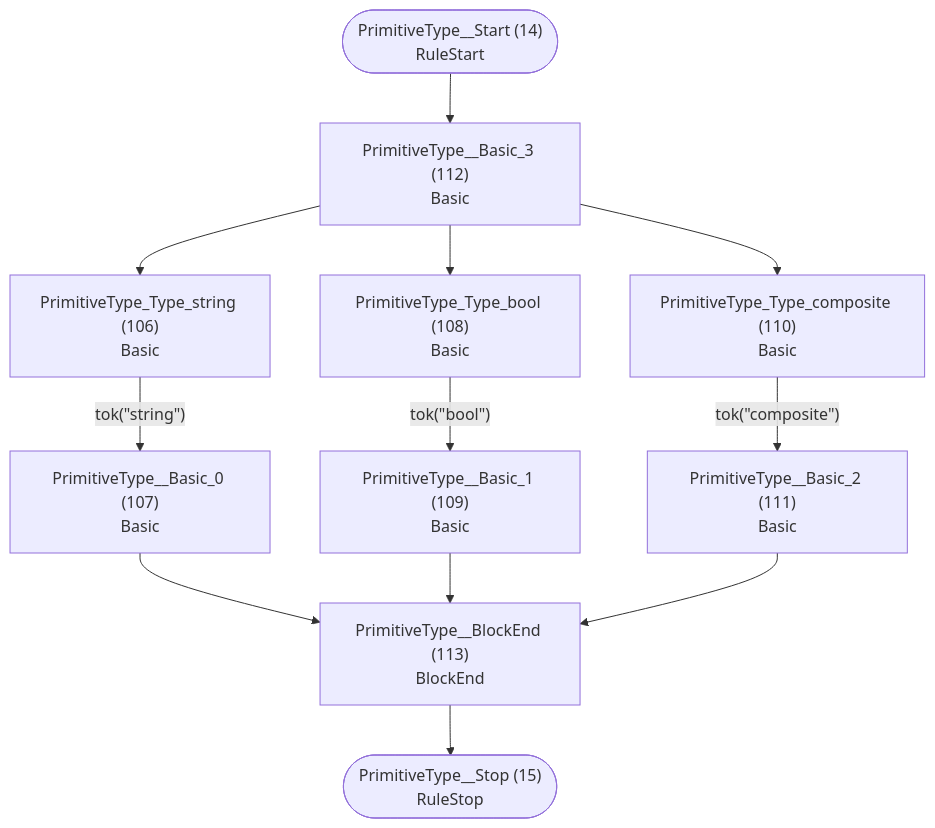
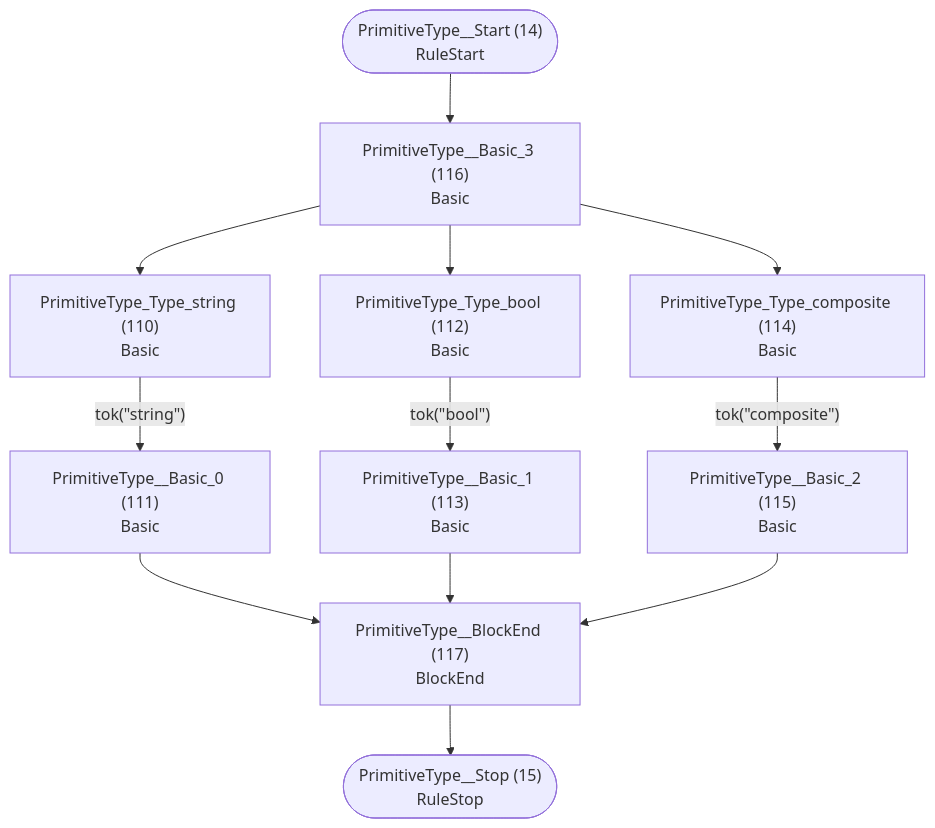
Before and after one commit to TypeFox/fastbelt: the eighth of 26 diagrams in internal/grammar/atn.md, drawn with Mermaid. The commit also changed other lines of this file and 51 other files, not shown here.

````diff
--- a/internal/grammar/atn.md
+++ b/internal/grammar/atn.md
@@ -197,25 +202,25 @@
 ```mermaid
 flowchart TD
     q14(["PrimitiveType__Start (14)<br/>RuleStart"])
     q15(["PrimitiveType__Stop (15)<br/>RuleStop"])
-    q106["PrimitiveType_Type_string (106)<br/>Basic<br/>"]
-    q107["PrimitiveType__Basic_0 (107)<br/>Basic<br/>"]
-    q108["PrimitiveType_Type_bool (108)<br/>Basic<br/>"]
-    q109["PrimitiveType__Basic_1 (109)<br/>Basic<br/>"]
-    q110["PrimitiveType_Type_composite (110)<br/>Basic<br/>"]
-    q111["PrimitiveType__Basic_2 (111)<br/>Basic<br/>"]
-    q112["PrimitiveType__Basic_3 (112)<br/>Basic<br/>"]
-    q113["PrimitiveType__BlockEnd (113)<br/>BlockEnd<br/>"]
+    q110["PrimitiveType_Type_string (110)<br/>Basic<br/>"]
+    q111["PrimitiveType__Basic_0 (111)<br/>Basic<br/>"]
+    q112["PrimitiveType_Type_bool (112)<br/>Basic<br/>"]
+    q113["PrimitiveType__Basic_1 (113)<br/>Basic<br/>"]
+    q114["PrimitiveType_Type_composite (114)<br/>Basic<br/>"]
+    q115["PrimitiveType__Basic_2 (115)<br/>Basic<br/>"]
+    q116["PrimitiveType__Basic_3 (116)<br/>Basic<br/>"]
+    q117["PrimitiveType__BlockEnd (117)<br/>BlockEnd<br/>"]
 
-    q14 --> q112
-    q106 -->|"tok(&quot;string&quot;)"| q107
-    q107 --> q113
-    q108 -->|"tok(&quot;bool&quot;)"| q109
-    q109 --> q113
-    q110 -->|"tok(&quot;composite&quot;)"| q111
-    q111 --> q113
-    q112 --> q106
-    q112 --> q108
-    q112 --> q110
-    q113 --> q15
+    q14 --> q116
+    q110 -->|"tok(&quot;string&quot;)"| q111
+    q111 --> q117
+    q112 -->|"tok(&quot;bool&quot;)"| q113
+    q113 --> q117
+    q114 -->|"tok(&quot;composite&quot;)"| q115
+    q115 --> q117
+    q116 --> q110
+    q116 --> q112
+    q116 --> q114
+    q117 --> q15
 ```
````
